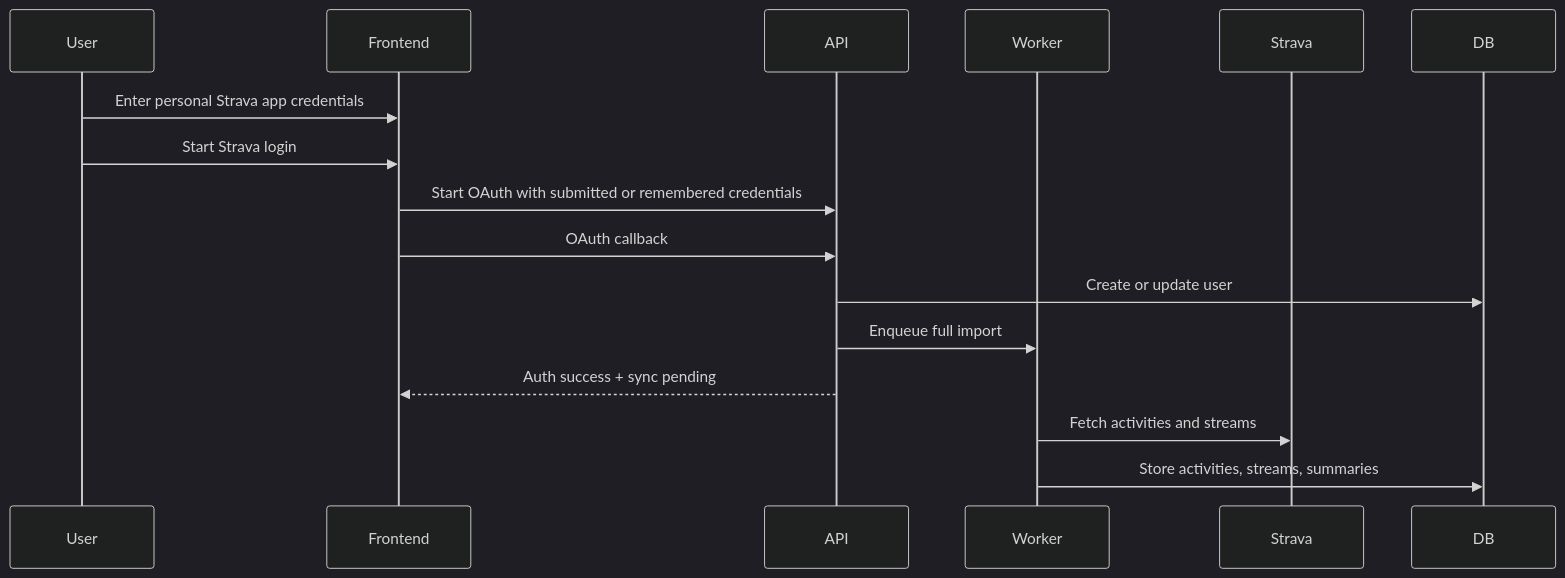
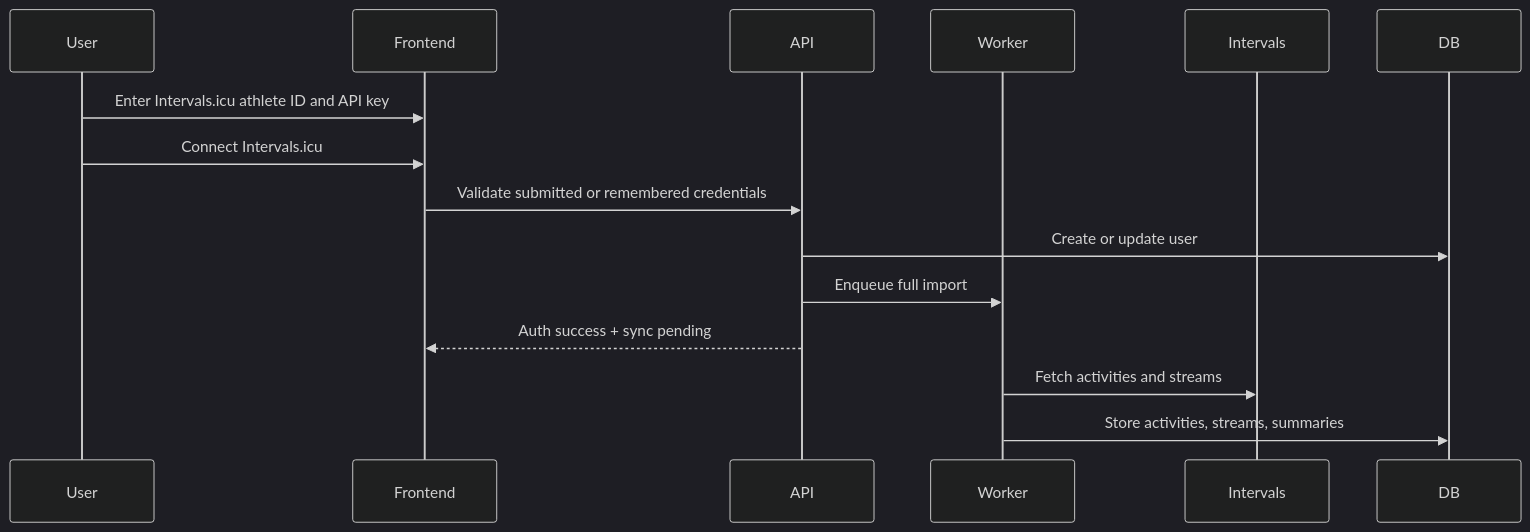
The second of 2 diagrams in docs/specification.md (jirijanecek77/strava-insights), drawn with Mermaid (dark theme) before and after one commit. The commit also changed other lines of this file and 64 other files, not shown here.

````diff
--- a/docs/specification.md
+++ b/docs/specification.md
@@ -447,19 +443,18 @@
 ```mermaid
 sequenceDiagram
     participant User
     participant Frontend
     participant API
     participant Worker
-    participant Strava
+    participant Intervals
     participant DB
 
-    User->>Frontend: Enter personal Strava app credentials
-    User->>Frontend: Start Strava login
-    Frontend->>API: Start OAuth with submitted or remembered credentials
-    Frontend->>API: OAuth callback
+    User->>Frontend: Enter Intervals.icu athlete ID and API key
+    User->>Frontend: Connect Intervals.icu
+    Frontend->>API: Validate submitted or remembered credentials
     API->>DB: Create or update user
     API->>Worker: Enqueue full import
     API-->>Frontend: Auth success + sync pending
-    Worker->>Strava: Fetch activities and streams
+    Worker->>Intervals: Fetch activities and streams
     Worker->>DB: Store activities, streams, summaries
 ```
````
